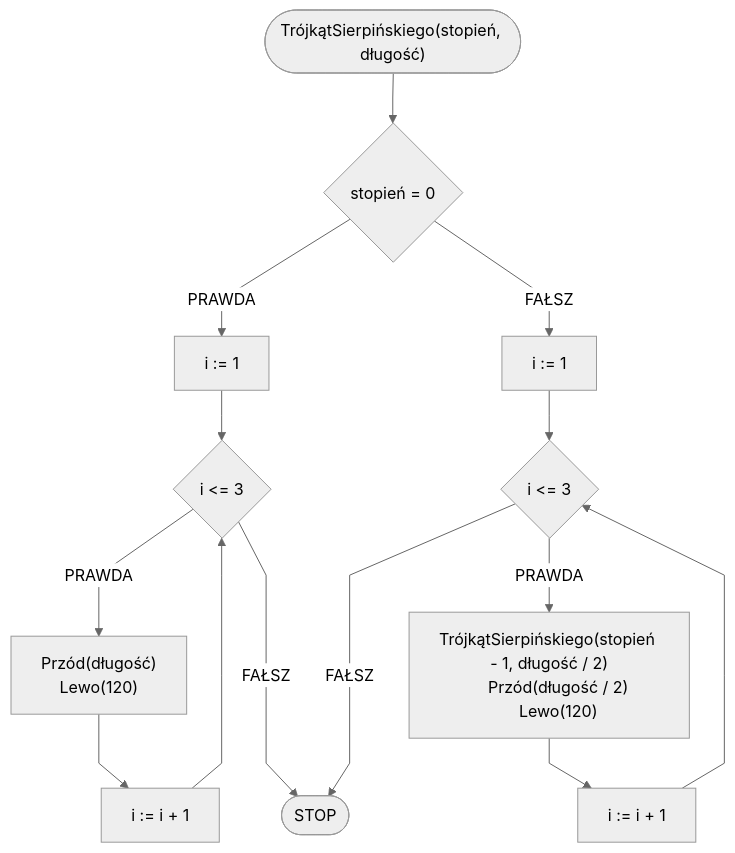
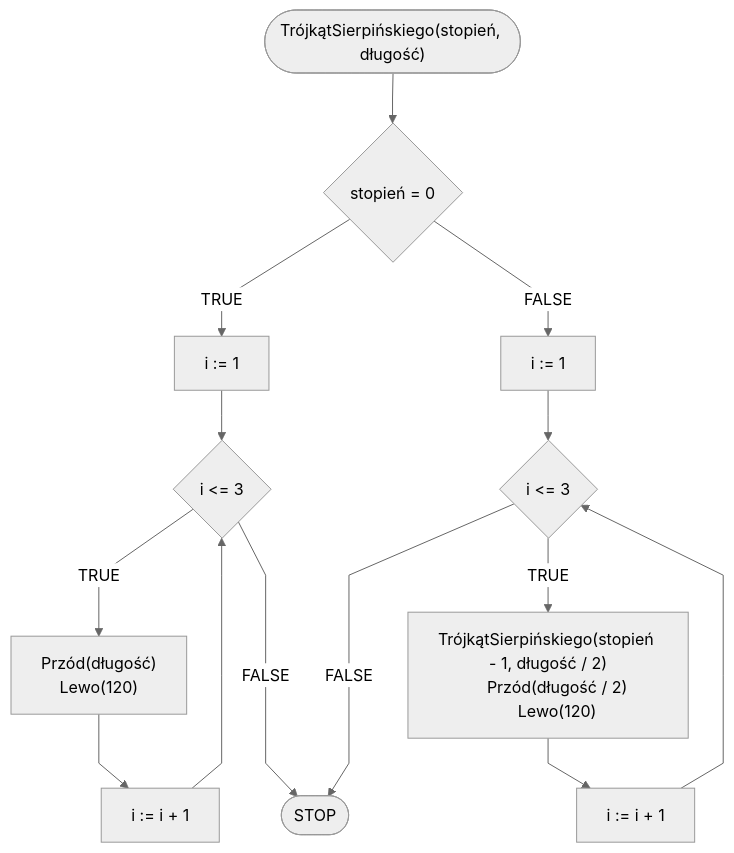
Before and after one commit to blackbat13/edu-cs-htiew-en: the diagram in docs/algorithms/fractals/sierpinski-triangle.md, drawn with Mermaid. The commit also changed other lines of this file and 682 other files, not shown here.

````diff
--- a/docs/algorithms/fractals/sierpinski-triangle.md
+++ b/docs/algorithms/fractals/sierpinski-triangle.md
@@ -45,20 +45,20 @@
 ```mermaid
 %%{init: {"flowchart": {"curve": "linear"}, "theme": "neutral"} }%%
 flowchart TD
     START(["TrójkątSierpińskiego(stopień, długość)"]) --> K1{stopień = 0}
-    K1 -- PRAWDA --> K2p[i := 1]
+    K1 -- TRUE --> K2p[i := 1]
     K2p --> K2{i <= 3}
-    K2 -- PRAWDA --> K3["Przód(długość)
+    K2 -- TRUE --> K3["Przód(długość)
     Lewo(120)"]
     K3 --> K2i[i := i + 1]
     K2i --> K2
-    K2 -- FAŁSZ --> STOP([STOP])
-    K1 -- FAŁSZ --> K6p[i := 1]
+    K2 -- FALSE --> STOP([STOP])
+    K1 -- FALSE --> K6p[i := 1]
     K6p --> K6{i <= 3}
-    K6 -- PRAWDA --> K7["TrójkątSierpińskiego(stopień - 1, długość / 2)
+    K6 -- TRUE --> K7["TrójkątSierpińskiego(stopień - 1, długość / 2)
     Przód(długość / 2)
     Lewo(120)"]
     K7 --> K6i[i := i + 1]
     K6i --> K6
-    K6 -- FAŁSZ ---> STOP
+    K6 -- FALSE ---> STOP
 ```
````
